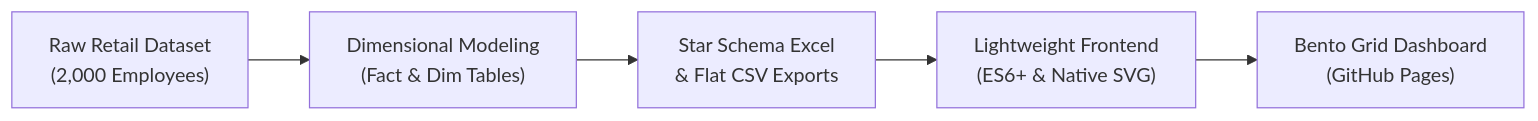
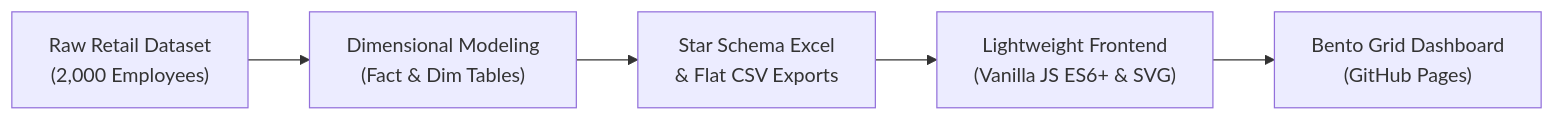
One commit to wijaya-rama/portfolio-retail-workforce changed the diagram in README.md. Above: the diagram before and after it, drawn with Mermaid. The commit also changed other lines of this file and 2 other files, not shown here.

````diff
--- a/README.md
+++ b/README.md
@@ -65,7 +65,7 @@
 ```mermaid
 flowchart LR
     A["Raw Retail Dataset<br/>(2,000 Employees)"] --> B["Dimensional Modeling<br/>(Fact & Dim Tables)"]
     B --> C["Star Schema Excel<br/>& Flat CSV Exports"]
-    C --> D["Lightweight Frontend<br/>(ES6+ & Native SVG)"]
+    C --> D["Lightweight Frontend<br/>(Vanilla JS ES6+ & SVG)"]
     D --> E["Bento Grid Dashboard<br/>(GitHub Pages)"]
 ```
````
